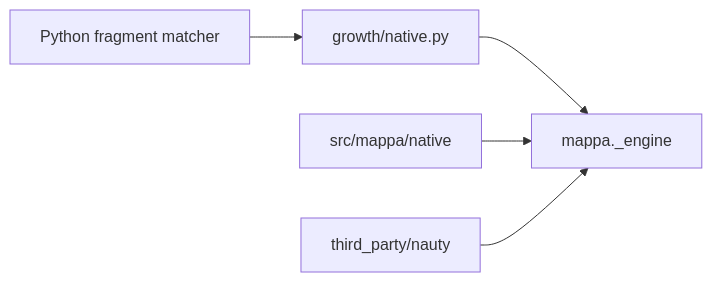
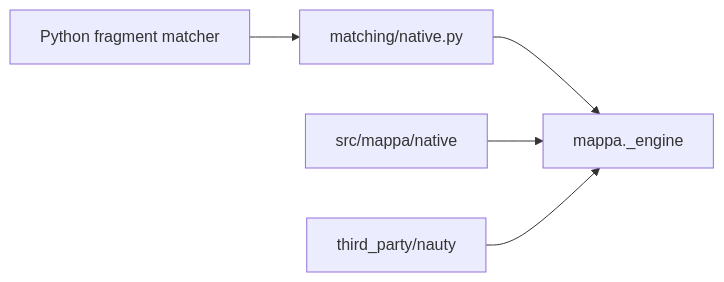
Before and after one commit to yunhzou/MAPPA-AAM: the second of 2 diagrams in design.md, drawn with Mermaid. The commit also changed other lines of this file and 66 other files, not shown here.

First line of the commit message:
Consolidate fragment matching and growth under core matching

````diff
--- a/design.md
+++ b/design.md
@@ -235,7 +241,7 @@
 ```mermaid
 flowchart LR
-    Matcher[Python fragment matcher] --> Bridge[growth/native.py]
+    Matcher[Python fragment matcher] --> Bridge[matching/native.py]
     Bridge --> Engine[mappa._engine]
     Source[src/mappa/native] --> Engine
     Vendor[third_party/nauty] --> Engine
 ```
````
